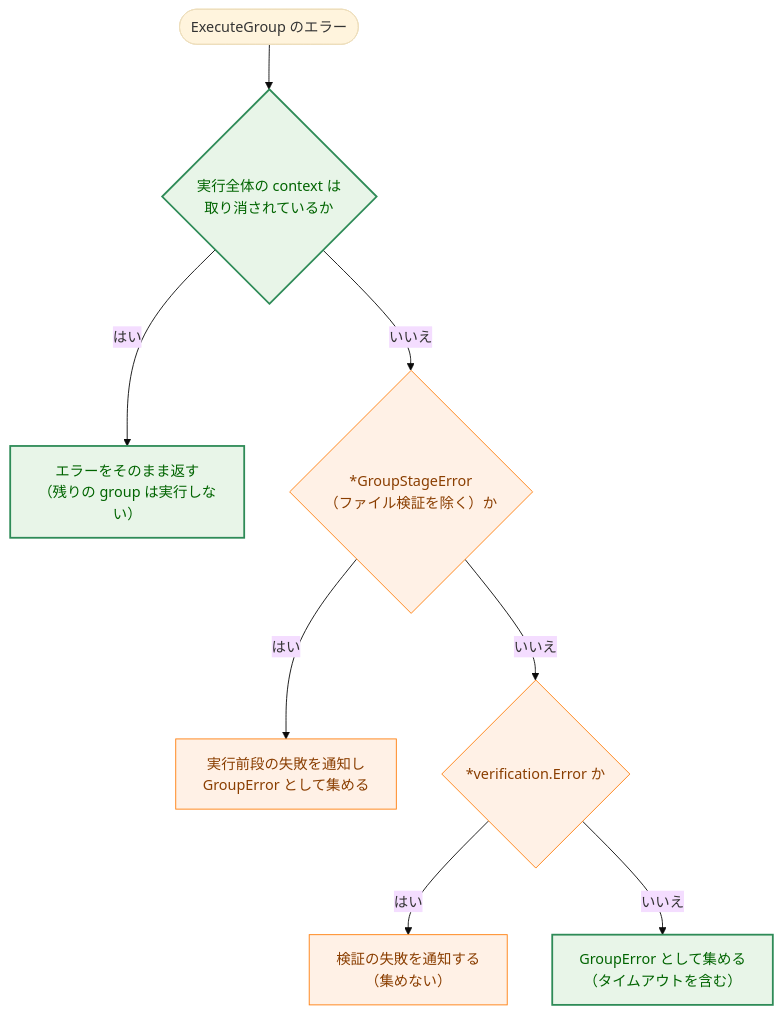
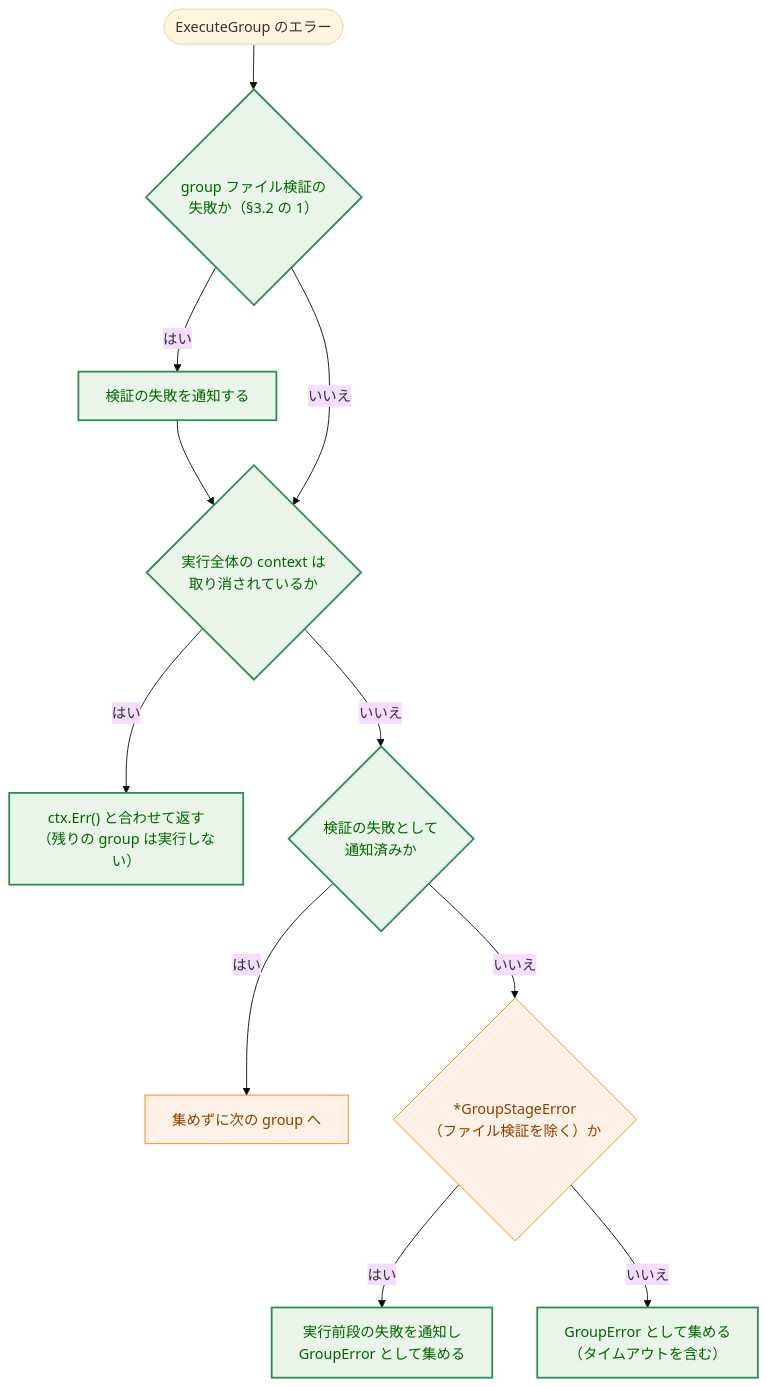
One commit to isseis/go-safe-cmd-runner changed diagram 11 of 12 in docs/tasks/0177_multi_group_error_attribution/02_architecture.md. Above: the diagram before and after it, drawn with Mermaid (base theme). The commit also changed other lines of this file, not shown here.

First line of the commit message:
docs(0177): revise architecture for timeout, unlimited output, config checks

````diff
--- a/docs/tasks/0177_multi_group_error_attribution/02_architecture.md
+++ b/docs/tasks/0177_multi_group_error_attribution/02_architecture.md
@@ -500,16 +575,19 @@
 ```mermaid
 flowchart TD
     classDef enhanced fill:#e8f5e8,stroke:#2e8b57,stroke-width:2px,color:#006400;
     classDef process fill:#fff1e6,stroke:#ff7f0e,stroke-width:1px,color:#8a3e00;
 
-    E(["ExecuteGroup のエラー"]) --> Q1{"実行全体の context は<br>取り消されているか"}
-    Q1 -->|"はい"| R1["エラーをそのまま返す<br>（残りの group は実行しない）"]
-    Q1 -->|"いいえ"| Q2{"*GroupStageError<br>（ファイル検証を除く）か"}
+    E(["ExecuteGroup のエラー"]) --> Q0{"group ファイル検証の<br>失敗か（§3.2 の 1）"}
+    Q0 -->|"はい"| N0["検証の失敗を通知する"]
+    N0 --> Q1
+    Q0 -->|"いいえ"| Q1{"実行全体の context は<br>取り消されているか"}
+    Q1 -->|"はい"| R1["ctx.Err() と合わせて返す<br>（残りの group は実行しない）"]
+    Q1 -->|"いいえ"| Q9{"検証の失敗として<br>通知済みか"}
+    Q9 -->|"はい"| R9["集めずに次の group へ"]
+    Q9 -->|"いいえ"| Q2{"*GroupStageError<br>（ファイル検証を除く）か"}
     Q2 -->|"はい"| R2["実行前段の失敗を通知し<br>GroupError として集める"]
-    Q2 -->|"いいえ"| Q3{"*verification.Error か"}
-    Q3 -->|"はい"| R3["検証の失敗を通知する<br>（集めない）"]
-    Q3 -->|"いいえ"| R4["GroupError として集める<br>（タイムアウトを含む）"]
+    Q2 -->|"いいえ"| R4["GroupError として集める<br>（タイムアウトを含む）"]
 
-    class Q1,R1,R4 enhanced
-    class Q2,Q3,R2,R3 process
+    class Q0,N0,Q1,R1,Q9,R2,R4 enhanced
+    class Q2,R9 process
 ```
````
